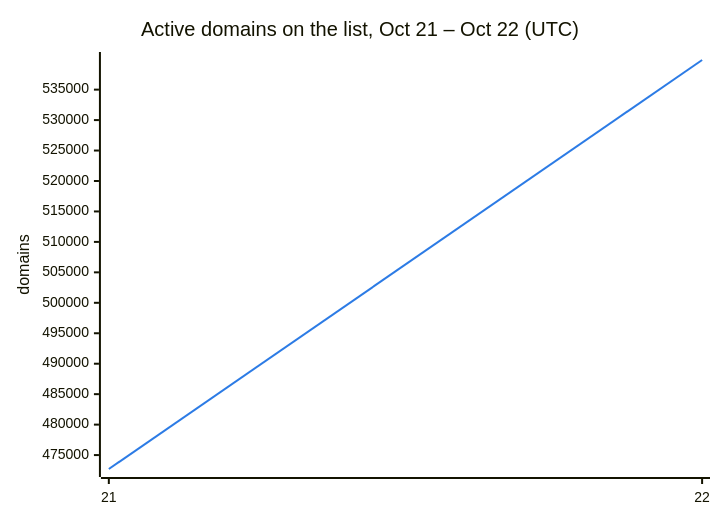
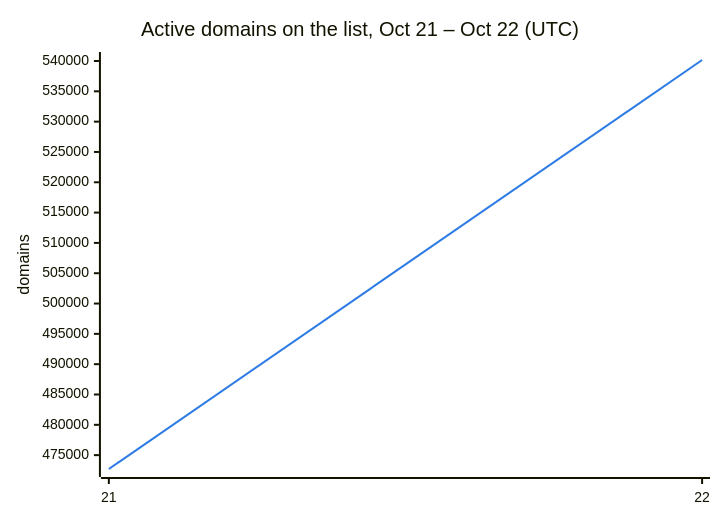
Before and after one commit to DNSBunker/CTI: the second of 3 diagrams in README.md, drawn with Mermaid. The commit also changed other lines of this file and 3 other files, not shown here.

````diff
--- a/README.md
+++ b/README.md
@@ -38,8 +38,8 @@
 ```mermaid
 %%{init: {"themeVariables": {"xyChart": {"plotColorPalette": "#2c7be5"}}}}%%
 xychart-beta
     title "Active domains on the list, Oct 21 – Oct 22 (UTC)"
     x-axis ["21", "22"]
     y-axis "domains"
-    line [472713, 539865]
+    line [472713, 540165]
 ```
````
